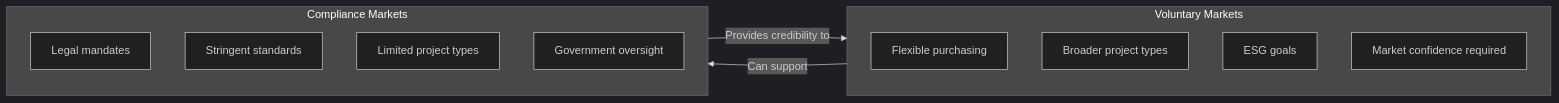
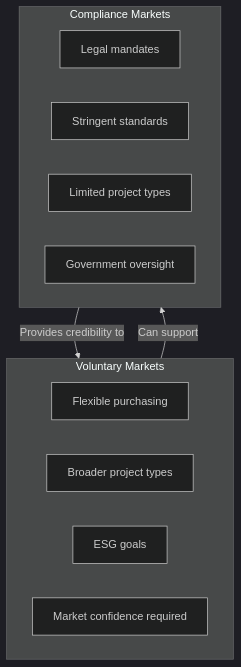
One commit to co3org/Industrial-Decarbonization changed the third of 3 diagrams in Offsetting.md. Above: the diagram before and after it, drawn with Mermaid (dark theme).

Commit message:
Offsetting diagrams fixes

````diff
--- a/Offsetting.md
+++ b/Offsetting.md
@@ -70,19 +70,19 @@
 ```mermaid
-graph LR
+graph TD
     subgraph VM [Voluntary Markets]
         V1[Flexible purchasing]
         V2[Broader project types]
         V3[ESG goals]
         V4[Market confidence required]
     end
     
     subgraph CM [Compliance Markets]
         C1[Legal mandates]
         C2[Stringent standards]
         C3[Limited project types]
         C4[Government oversight]
     end
     
     VM -->|Can support| CM
     CM -->|Provides credibility to| VM
 ```
````
